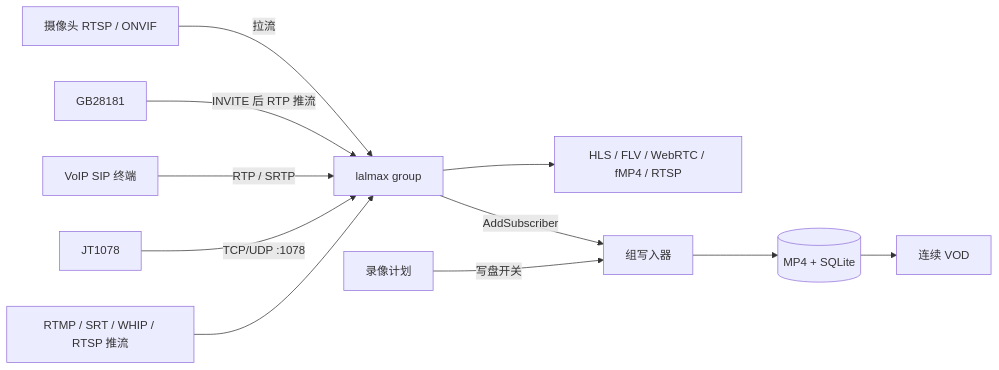
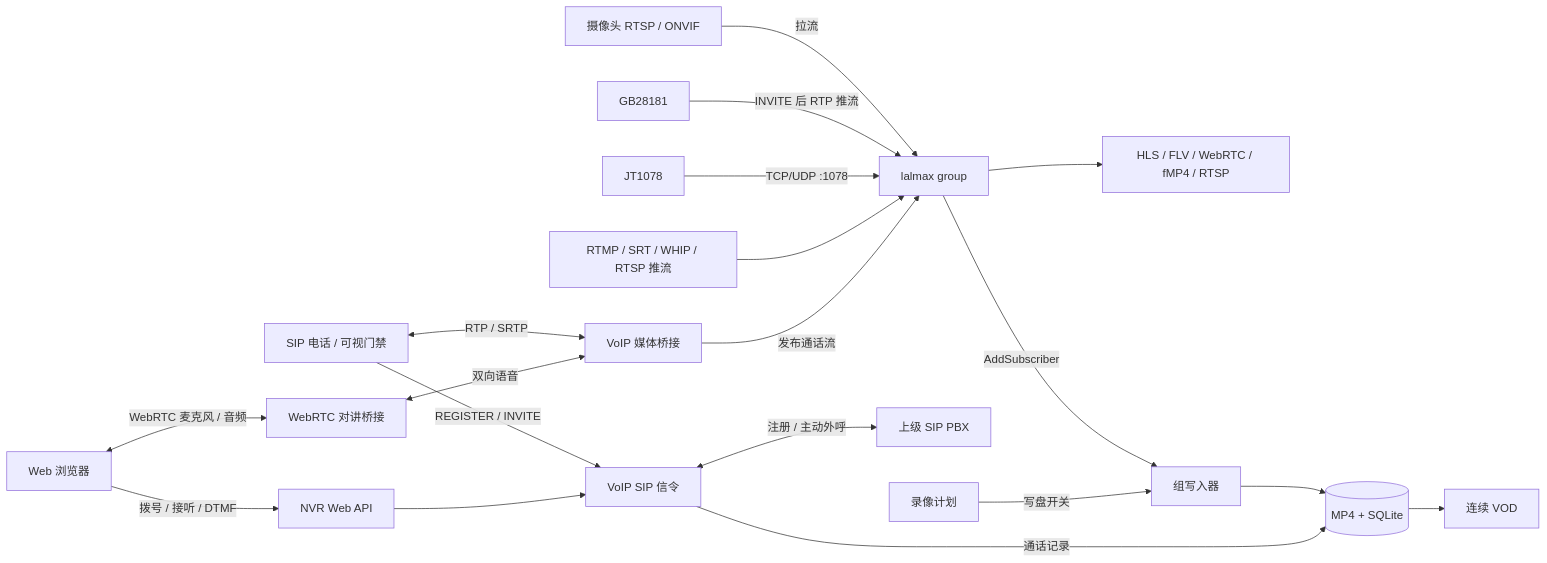
The diagram in README.zh.md (lalmax-pro/lalmax-nvr), drawn with Mermaid before and after one commit. The commit also changed 1 other file, not shown here.

Commit message:
docs: expand VoIP paths in README architecture

````diff
--- a/README.zh.md
+++ b/README.zh.md
@@ -36,13 +36,23 @@
 ```mermaid
 flowchart LR
   Cam[摄像头 RTSP / ONVIF] -->|拉流| Group[lalmax group]
   GB[GB28181] -->|INVITE 后 RTP 推流| Group
-  SIP[VoIP SIP 终端] -->|RTP / SRTP| Group
   JT[JT1078] -->|TCP/UDP :1078| Group
   Push[RTMP / SRT / WHIP / RTSP 推流] --> Group
+
+  Phone[SIP 电话 / 可视门禁] -->|REGISTER / INVITE| VoIPSIP[VoIP SIP 信令]
+  VoIPSIP <-->|注册 / 主动外呼| PBX[上级 SIP PBX]
+  Phone <-->|RTP / SRTP| VoIPMedia[VoIP 媒体桥接]
+  VoIPMedia -->|发布通话流| Group
+  Browser[Web 浏览器] -->|拨号 / 接听 / DTMF| API[NVR Web API]
+  API --> VoIPSIP
+  Browser <-->|WebRTC 麦克风 / 音频| Talk[WebRTC 对讲桥接]
+  Talk <-->|双向语音| VoIPMedia
+
   Group --> Live[HLS / FLV / WebRTC / fMP4 / RTSP]
   Group -->|AddSubscriber| Rec[组写入器]
   Plan[录像计划] -->|写盘开关| Rec
   Rec --> Disk[(MP4 + SQLite)]
+  VoIPSIP -->|通话记录| Disk
   Disk --> VOD[连续 VOD]
 ```
````
